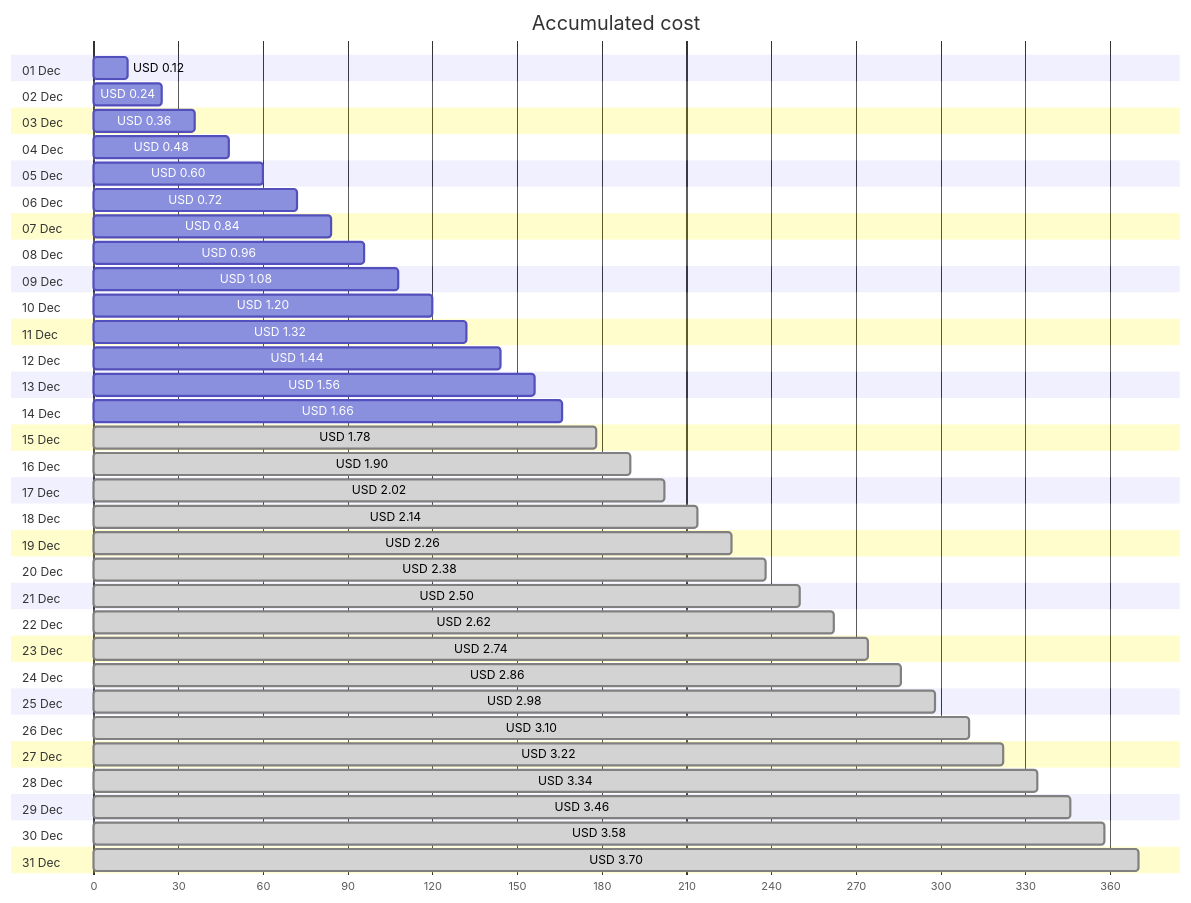
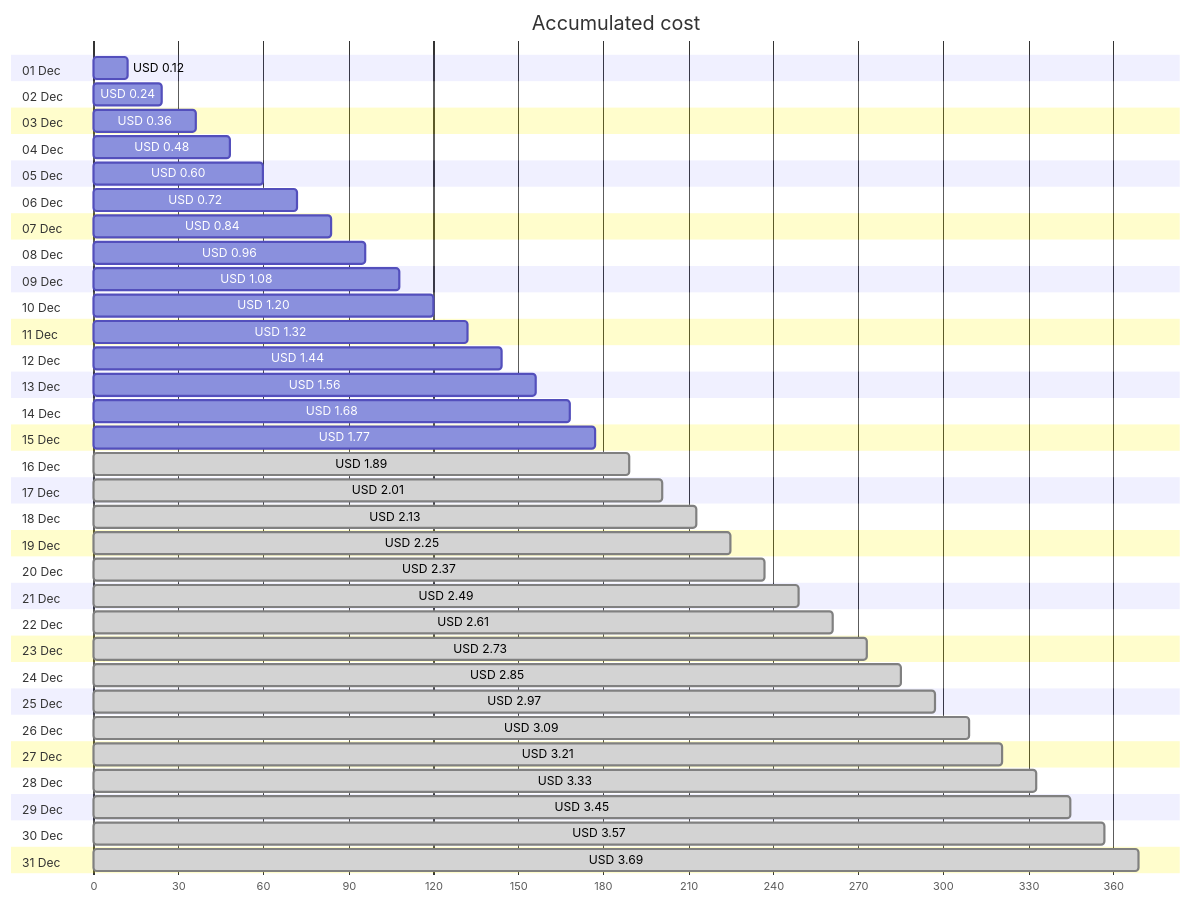
The first of 4 diagrams in cost-reports/personal-network/backup-server-public-ip.md (jpfulton/azure-personal-reports), drawn with Mermaid before and after one commit. The commit also changed other lines of this file and 8 other files, not shown here.

````diff
--- a/cost-reports/personal-network/backup-server-public-ip.md
+++ b/cost-reports/personal-network/backup-server-public-ip.md
@@ -20,68 +20,68 @@
 ```mermaid
 gantt
    title Accumulated cost
    dateFormat  X
    axisFormat %s
    section 01 Dec
    USD 0.12 :0, 12
    section 02 Dec
    USD 0.24 :0, 24
    section 03 Dec
    USD 0.36 :0, 36
    section 04 Dec
    USD 0.48 :0, 48
    section 05 Dec
    USD 0.60 :0, 60
    section 06 Dec
    USD 0.72 :0, 72
    section 07 Dec
    USD 0.84 :0, 84
    section 08 Dec
    USD 0.96 :0, 96
    section 09 Dec
    USD 1.08 :0, 108
    section 10 Dec
    USD 1.20 :0, 120
    section 11 Dec
    USD 1.32 :0, 132
    section 12 Dec
    USD 1.44 :0, 144
    section 13 Dec
    USD 1.56 :0, 156
    section 14 Dec
-   USD 1.66 :0, 166
+   USD 1.68 :0, 168
    section 15 Dec
-   USD 1.78 : done, 0, 178
+   USD 1.77 :0, 177
    section 16 Dec
-   USD 1.90 : done, 0, 190
+   USD 1.89 : done, 0, 189
    section 17 Dec
-   USD 2.02 : done, 0, 202
+   USD 2.01 : done, 0, 201
    section 18 Dec
-   USD 2.14 : done, 0, 214
+   USD 2.13 : done, 0, 213
    section 19 Dec
-   USD 2.26 : done, 0, 226
+   USD 2.25 : done, 0, 225
    section 20 Dec
-   USD 2.38 : done, 0, 238
+   USD 2.37 : done, 0, 237
    section 21 Dec
-   USD 2.50 : done, 0, 250
+   USD 2.49 : done, 0, 249
    section 22 Dec
-   USD 2.62 : done, 0, 262
+   USD 2.61 : done, 0, 261
    section 23 Dec
-   USD 2.74 : done, 0, 274
+   USD 2.73 : done, 0, 273
    section 24 Dec
-   USD 2.86 : done, 0, 286
+   USD 2.85 : done, 0, 285
    section 25 Dec
-   USD 2.98 : done, 0, 298
+   USD 2.97 : done, 0, 297
    section 26 Dec
-   USD 3.10 : done, 0, 310
+   USD 3.09 : done, 0, 309
    section 27 Dec
-   USD 3.22 : done, 0, 322
+   USD 3.21 : done, 0, 321
    section 28 Dec
-   USD 3.34 : done, 0, 334
+   USD 3.33 : done, 0, 333
    section 29 Dec
-   USD 3.46 : done, 0, 346
+   USD 3.45 : done, 0, 345
    section 30 Dec
-   USD 3.58 : done, 0, 358
+   USD 3.57 : done, 0, 357
    section 31 Dec
-   USD 3.70 : done, 0, 370
+   USD 3.69 : done, 0, 369
 ```
````
